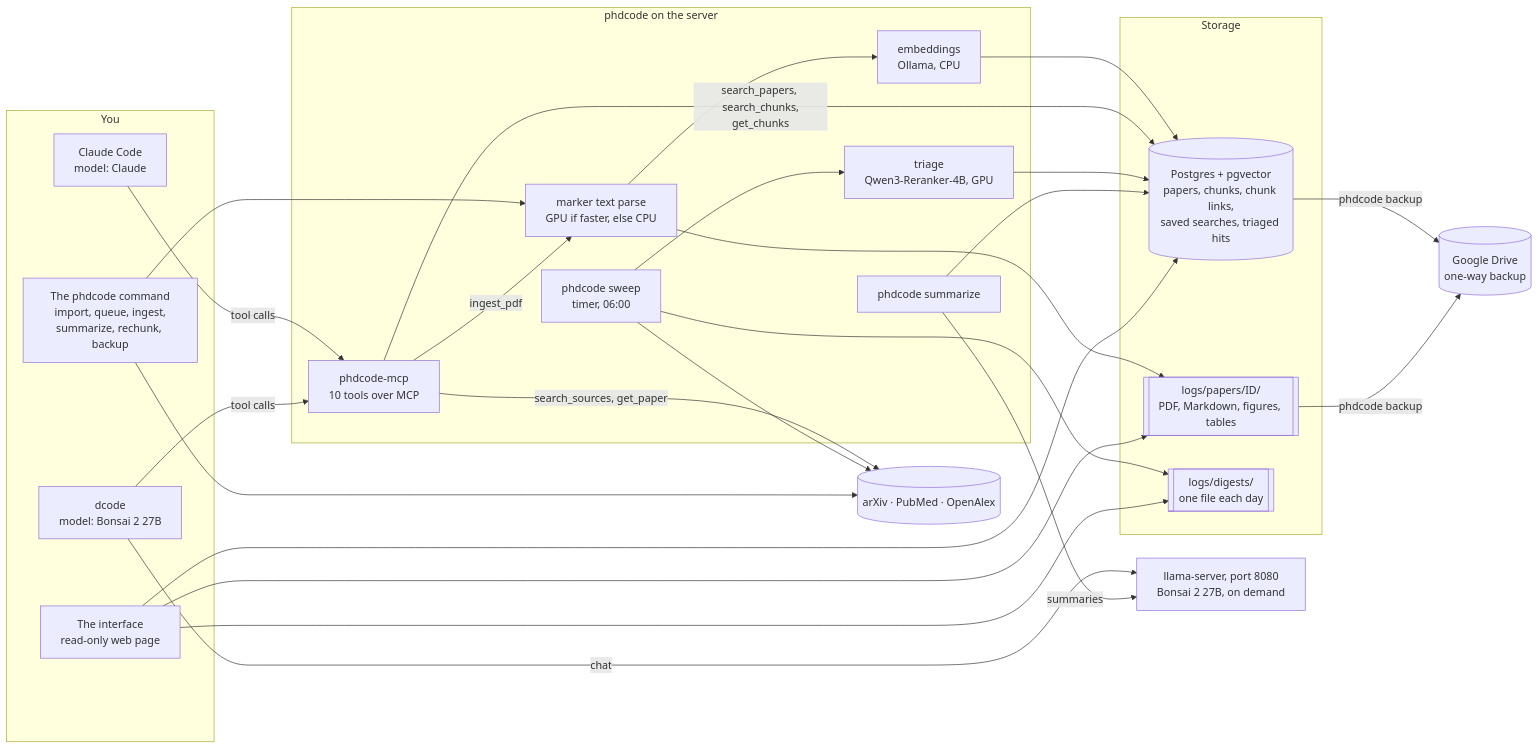
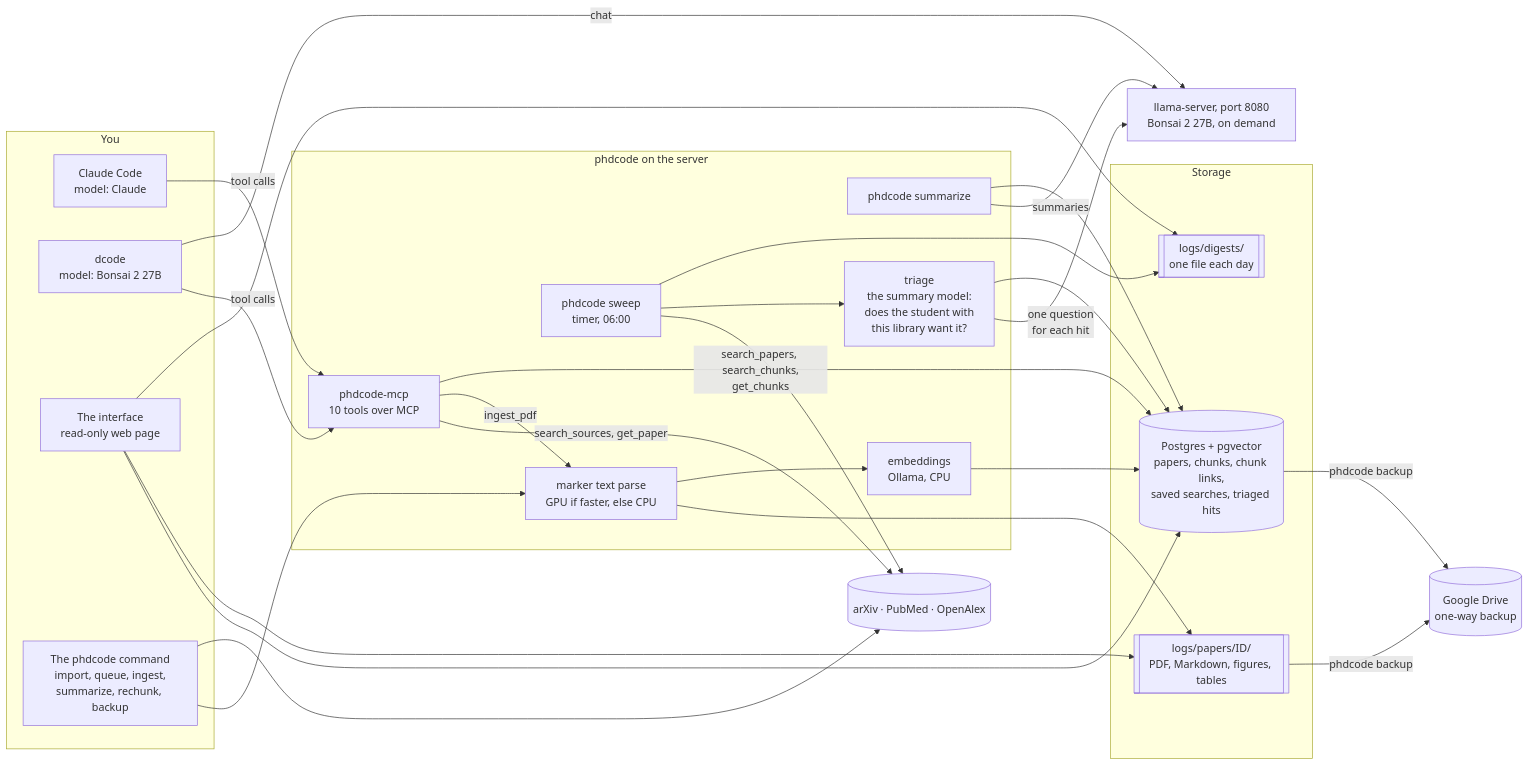
The first of 6 diagrams in docs/how-it-works.md (fuminaba/phdcode), drawn with Mermaid before and after one commit. The commit also changed other lines of this file and 21 other files, not shown here.

````diff
--- a/docs/how-it-works.md
+++ b/docs/how-it-works.md
@@ -7,47 +7,48 @@
 ```mermaid
 flowchart LR
   subgraph you["You"]
     CC["Claude Code<br/>model: Claude"]
     DC["dcode<br/>model: Bonsai 2 27B"]
     UI["The interface<br/>read-only web page"]
     CLI["The phdcode command<br/>import, queue, ingest,<br/>summarize, rechunk, backup"]
   end
   subgraph phd["phdcode on the server"]
     MCP["phdcode-mcp<br/>10 tools over MCP"]
     SW["phdcode sweep<br/>timer, 06:00"]
     SUM["phdcode summarize"]
     PARSE["marker text parse<br/>GPU if faster, else CPU"]
     EMB["embeddings<br/>Ollama, CPU"]
-    TRI["triage<br/>Qwen3-Reranker-4B, GPU"]
+    TRI["triage<br/>the summary model:<br/>does the student with<br/>this library want it?"]
   end
   subgraph store["Storage"]
     PG[("Postgres + pgvector<br/>papers, chunks, chunk links,<br/>saved searches, triaged hits")]
     FILES[["logs/papers/ID/<br/>PDF, Markdown, figures, tables"]]
     DIG[["logs/digests/<br/>one file each day"]]
   end
   SRC[("arXiv · PubMed · OpenAlex")]
   LLM["llama-server, port 8080<br/>Bonsai 2 27B, on demand"]
   DRIVE[("Google Drive<br/>one-way backup")]
   CC -- "tool calls" --> MCP
   DC -- "tool calls" --> MCP
   DC -- "chat" --> LLM
   CLI --> PARSE
   CLI --> SRC
   MCP -- "search_sources, get_paper" --> SRC
   MCP -- "ingest_pdf" --> PARSE
   PARSE --> FILES
   PARSE --> EMB
   EMB --> PG
   MCP -- "search_papers, search_chunks,<br/>get_chunks" --> PG
   SW --> SRC
   SW --> TRI
+  TRI -- "one question<br/>for each hit" --> LLM
   TRI --> PG
   SW --> DIG
   SUM -- "summaries" --> LLM
   SUM --> PG
   UI --> PG
   UI --> FILES
   UI --> DIG
   PG -- "phdcode backup" --> DRIVE
   FILES -- "phdcode backup" --> DRIVE
 ```
````
